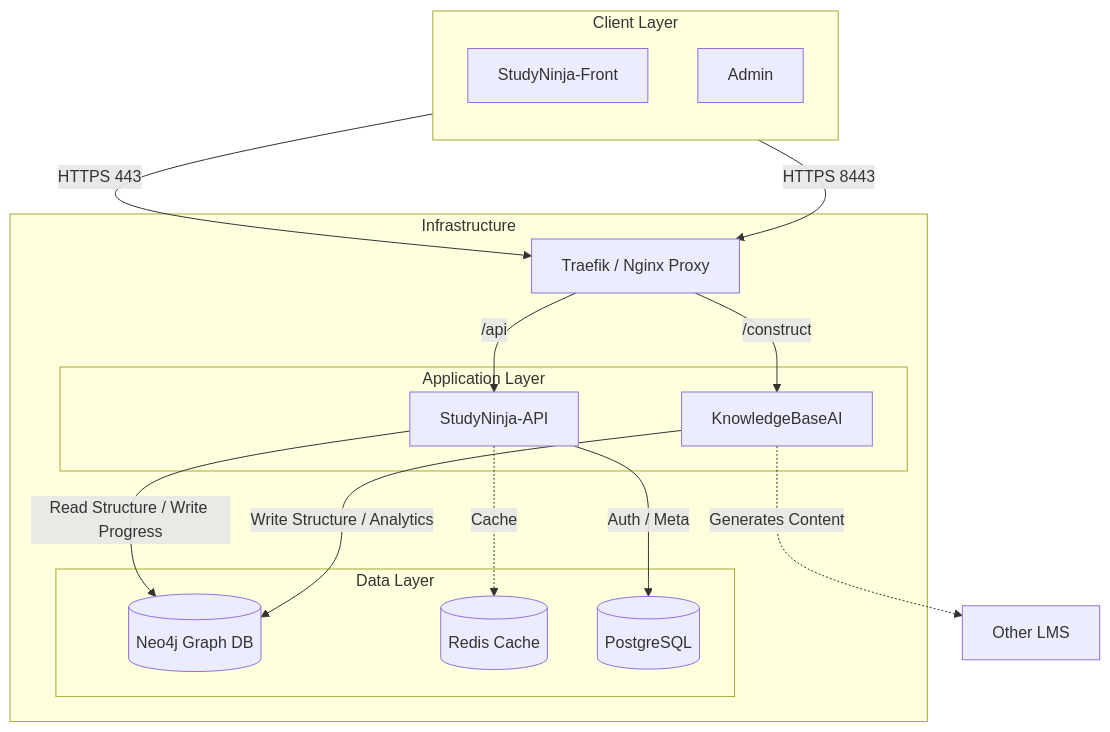
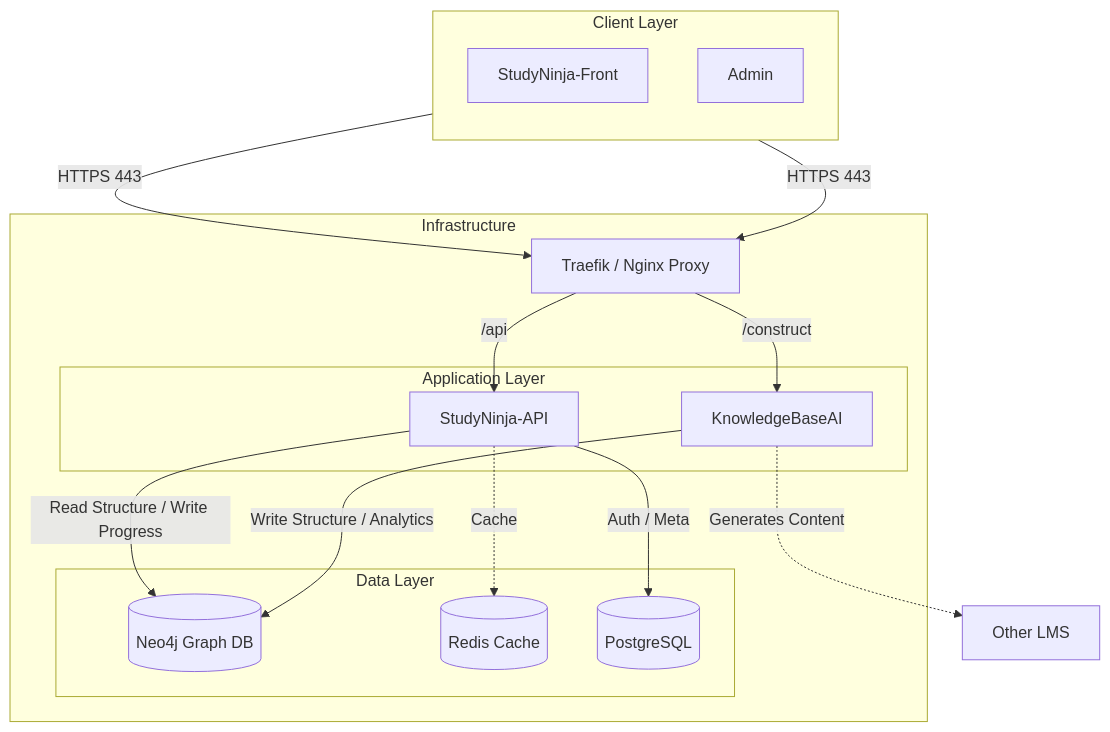
One commit to petr5092/KnowledgeBaseAI changed the diagram in .trae/documents/Vision.md. Above: the diagram before and after it, drawn with Mermaid. The commit also changed 9 other files, not shown here.

````diff
--- a/.trae/documents/Vision.md
+++ b/.trae/documents/Vision.md
@@ -24,39 +24,39 @@
 ```mermaid
 flowchart TD
     subgraph Clients [Client Layer]
         direction TB
         SN_Front[StudyNinja-Front]
         Admin[Admin]
     end
 
     subgraph Infra [Infrastructure]
         Ingress[Traefik / Nginx Proxy]
 
         subgraph Apps [Application Layer]
             API[StudyNinja-API]
             KB_App[KnowledgeBaseAI]
         end
 
         subgraph Data [Data Layer]
             Neo4j[(Neo4j Graph DB)]
             Redis[(Redis Cache)]
             SQL[(PostgreSQL)]
         end
     end
 
     Ext_LMS[Other LMS]
 
     SN_Front -->|HTTPS 443| Ingress
-    Admin -->|HTTPS 8443| Ingress
+    Admin -->|HTTPS 443| Ingress
 
     Ingress -->|/api| API
     Ingress -->|/construct| KB_App
 
     API -->|Read Structure / Write Progress| Neo4j
     API -->|Auth / Meta| SQL
     API -.->|Cache| Redis
 
     KB_App -->|Write Structure / Analytics| Neo4j
 
     KB_App -.->|Generates Content| Ext_LMS
 ```
````
